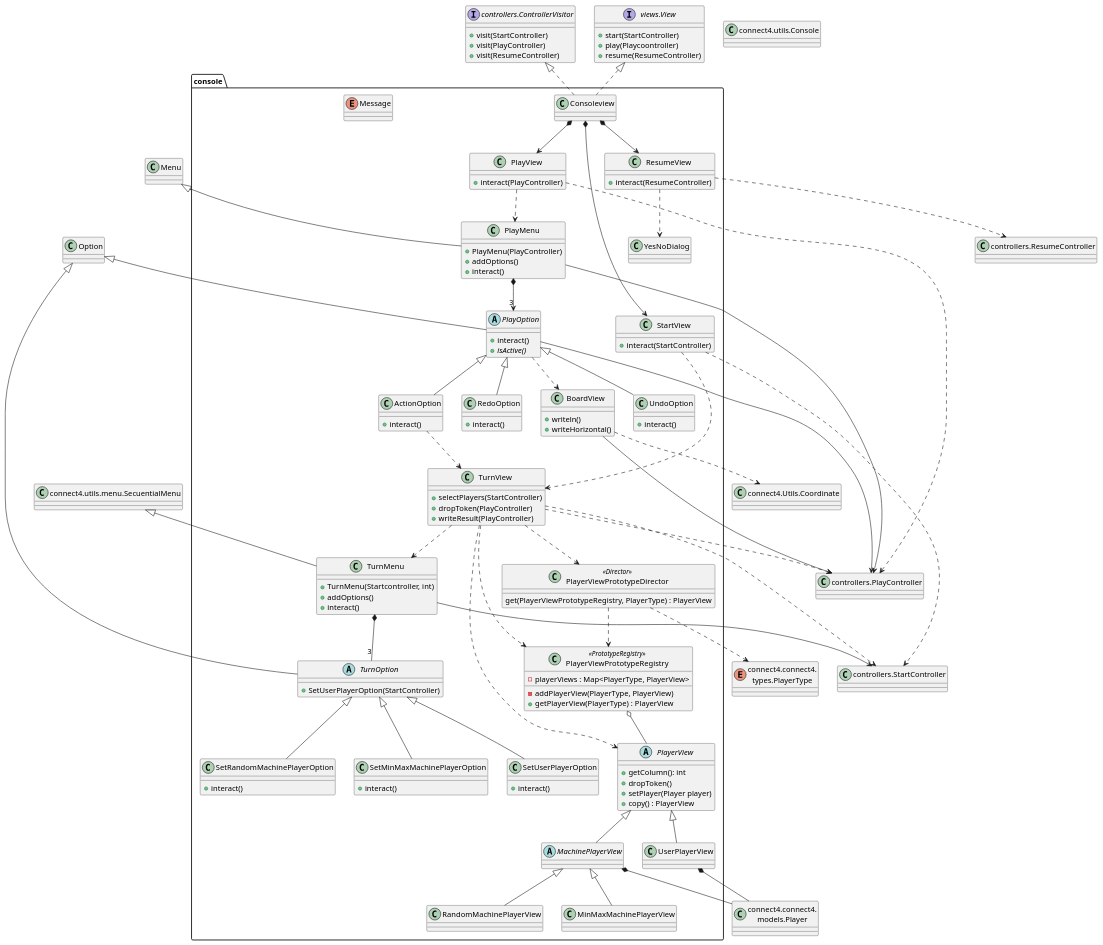
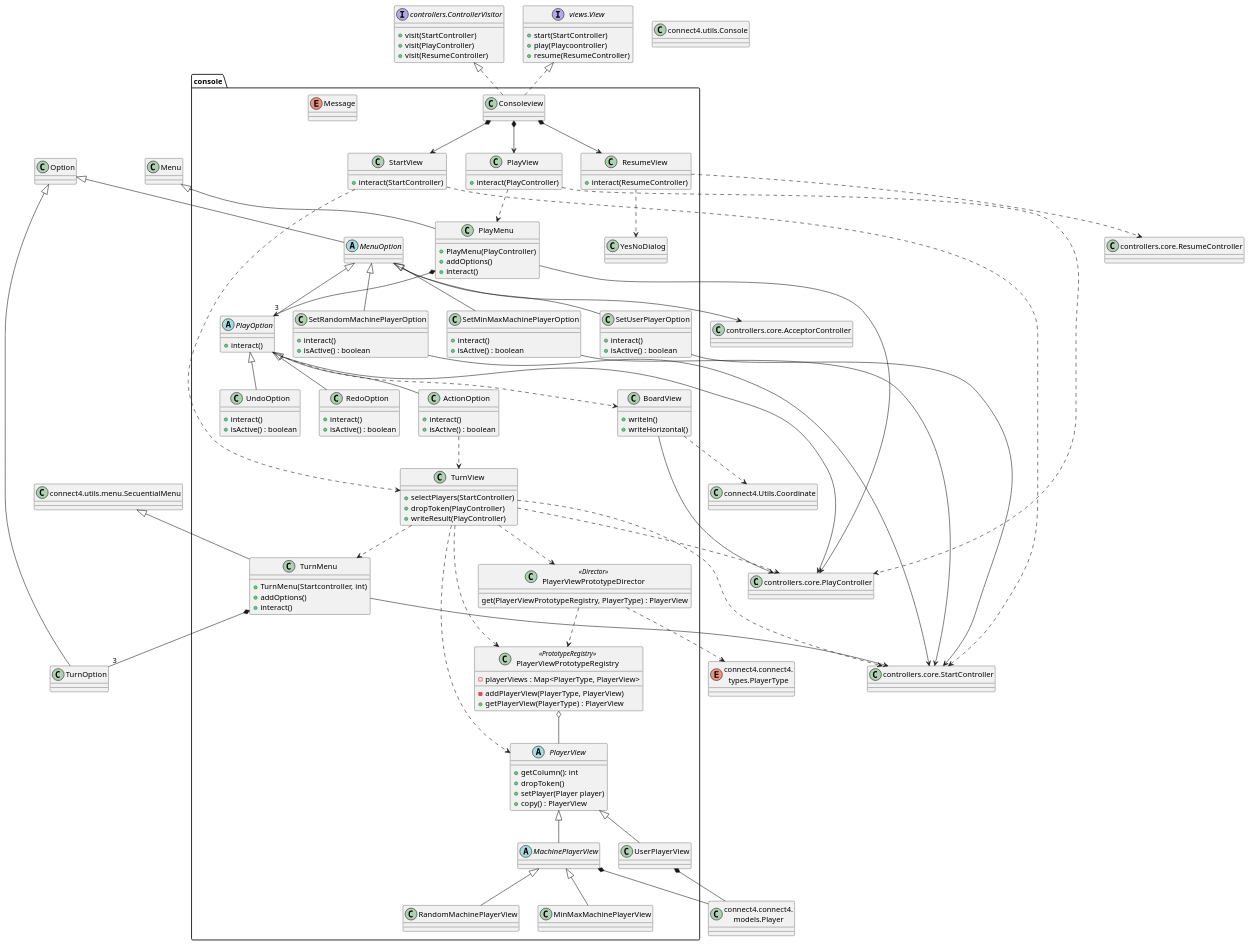
The diagram in connect4/Docs/diagrams/src/packages/connect4.connect4.views.console.plantuml (js-rom/connect4), drawn with PlantUML before and after one commit. The commit also changed 14 other files, not shown here.

```diff
--- a/connect4/Docs/diagrams/src/packages/connect4.connect4.views.console.plantuml
+++ b/connect4/Docs/diagrams/src/packages/connect4.connect4.views.console.plantuml
@@ -1,180 +1,191 @@
 @startuml connect4.connect4.console.console
 
 class console.Consoleview
 
 class console.StartView{
     +interact(StartController)
 }
 
 class console.PlayView{
     +interact(PlayController)
 }
 
 class console.ResumeView{
     +interact(ResumeController)
 }
 
 class console.BoardView{
     +writeln()
     +writeHorizontal()
 }
 
 class console.TurnView{
     +selectPlayers(StartController)
     +dropToken(PlayController)
     +writeResult(PlayController)
 }
 
 abstract class console.PlayerView{
     +getColumn(): int
     +dropToken()
     +setPlayer(Player player)
     +copy() : PlayerView
 }
 
 abstract class console.MachinePlayerView
 class console.MinMaxMachinePlayerView
 class console.RandomMachinePlayerView
 class console.UserPlayerView
 class console.TurnMenu{
     +TurnMenu(Startcontroller, int)
     +addOptions()
     +interact()
 }
 
-abstract class console.TurnOption{
-    +SetUserPlayerOption(StartController)
-}
-
 class console.SetRandomMachinePlayerOption{
         +interact()
+        +isActive() : boolean
 }
 
 class console.SetMinMaxMachinePlayerOption{
         +interact()
+        +isActive() : boolean
 }
 
 class console.SetUserPlayerOption{
         +interact()
+        +isActive() : boolean
 }
 
 enum console.Message
 
 class console.YesNoDialog
 
 class console.PlayerViewPrototypeDirector <<Director>> {
     get(PlayerViewPrototypeRegistry, PlayerType) : PlayerView 
 }
 
 class console.PlayerViewPrototypeRegistry <<PrototypeRegistry>> {
     -playerViews : Map<PlayerType, PlayerView> 
     -addPlayerView(PlayerType, PlayerView)
     +getPlayerView(PlayerType) : PlayerView
 }
-class StartController as "controllers.StartController"
-class PlayController as "controllers.PlayController"
-class ResumeController as "controllers.ResumeController"
+class StartController as "controllers.core.StartController"
+class PlayController as "controllers.core.PlayController"
+class ResumeController as "controllers.core.ResumeController"
+class AcceptorController as "controllers.core.AcceptorController"
 
 interface View as "views.View"{
     +start(StartController)
     +play(Playcoontroller)
     +resume(ResumeController)
 }
 
 interface ControllerVisitor as "controllers.ControllerVisitor" {
     +visit(StartController)
     +visit(PlayController)
     +visit(ResumeController)
 }
 
 class console.PlayMenu {
     +PlayMenu(PlayController)
     +addOptions()
     +interact()
 }
 
 abstract class console.PlayOption {
     +interact()
-    + {abstract} isActive()
 }
 class console.UndoOption {
     +interact()
+    +isActive() : boolean
 }
 
 class console.RedoOption {
     +interact()
+    +isActive() : boolean
 }
 
 class console.ActionOption {
     +interact()
+    +isActive() : boolean
 }
+
+abstract class console.MenuOption {
+}
+
+Option <|-- MenuOption
+MenuOption <|-- PlayOption
+MenuOption --> AcceptorController
 
 View <|.. Consoleview 
 ControllerVisitor <|.. Consoleview 
 Consoleview *--> StartView
 Consoleview *--> PlayView
 Consoleview *--> ResumeView
 
 StartView ..> StartController
 PlayView ..> PlayController
 ResumeView ..> ResumeController
 
 StartView ..> TurnView
 
 Menu <|-- PlayMenu
-Option <|-- PlayOption
 PlayOption --> PlayController
 PlayOption ..> BoardView
 PlayOption <|-- ActionOption
 ActionOption ..> TurnView
 PlayOption <|-- UndoOption
 PlayOption <|-- RedoOption
 PlayMenu *--> "3"PlayOption
 PlayView ..> PlayMenu
 PlayMenu --> PlayController
 
 ResumeView ..> YesNoDialog
 
 TurnView ..> PlayerView
 TurnView ..> StartController
 TurnView ..> PlayController
 TurnView ..> TurnMenu
 TurnMenu *-- "3"TurnOption
 TurnView ..> PlayerViewPrototypeDirector
 TurnView ..> PlayerViewPrototypeRegistry
 
 PlayerView <|-- UserPlayerView
 PlayerView <|-- MachinePlayerView
 MachinePlayerView <|-- MinMaxMachinePlayerView
 MachinePlayerView <|-- RandomMachinePlayerView
 
-TurnOption <|-- SetRandomMachinePlayerOption
-TurnOption <|-- SetMinMaxMachinePlayerOption
-TurnOption <|-- SetUserPlayerOption
+MenuOption <|-- SetRandomMachinePlayerOption
+MenuOption <|-- SetMinMaxMachinePlayerOption
+MenuOption <|-- SetUserPlayerOption
+SetUserPlayerOption --> StartController
+SetRandomMachinePlayerOption --> StartController
+SetMinMaxMachinePlayerOption --> StartController
 TurnMenu --> StartController
 
 PlayerViewPrototypeDirector ..> PlayerViewPrototypeRegistry
 PlayerViewPrototypeRegistry o-- PlayerView
 
 class Option as "connect4.utils.menu.Option"
 class SecuentialMenu as "connect4.utils.menu.SecuentialMenu"
 class Menu as "connect4.utils.menu.Menu"
 class Coordinate as "connect4.Utils.Coordinate"
 class Console as "connect4.utils.Console"
 class Player as "connect4.connect4.\nmodels.Player"
 enum PlayerType as "connect4.connect4.\ntypes.PlayerType"
 
 
 Option <|-- TurnOption
 SecuentialMenu <|-- TurnMenu
 BoardView --> PlayController
 BoardView ..> Coordinate
 MachinePlayerView *-- Player
 UserPlayerView *-- Player
 
 
 
 PlayerViewPrototypeDirector ..> PlayerType
 
 
 @enduml
```
